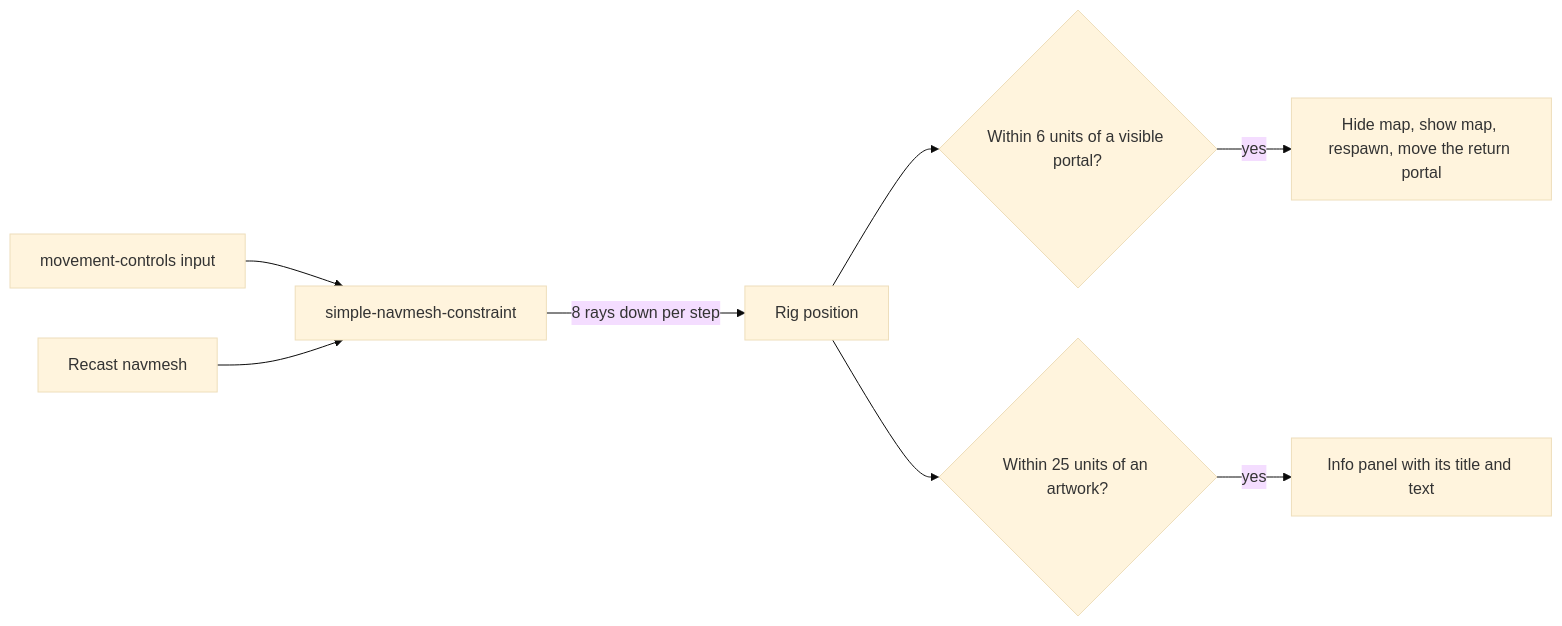
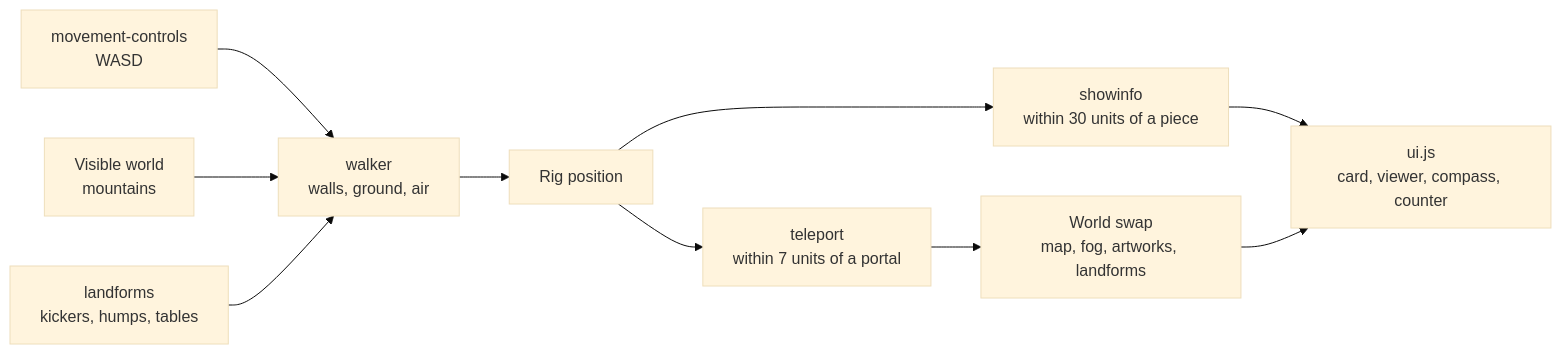
One commit to aenoriss/transcendence changed the diagram in README.md. Above: the diagram before and after it, drawn with Mermaid (base theme). The commit also changed other lines of this file and 15 other files, not shown here.

````diff
--- a/README.md
+++ b/README.md
@@ -21,10 +24,12 @@
 ```mermaid
 flowchart LR
-  I[movement-controls input] --> N[simple-navmesh-constraint]
-  M[Recast navmesh] --> N
-  N -->|8 rays down per step| G[Rig position]
-  G --> P{Within 6 units of a visible portal?}
-  P -->|yes| SW[Hide map, show map, respawn, move the return portal]
-  G --> A{Within 25 units of an artwork?}
-  A -->|yes| INFO[Info panel with its title and text]
+  I[movement-controls<br/>WASD] --> W[walker<br/>walls, ground, air]
+  M[Visible world<br/>mountains] --> W
+  L[landforms<br/>kickers, humps, tables] --> W
+  W --> R[Rig position]
+  R --> P[teleport<br/>within 7 units of a portal]
+  P --> S[World swap<br/>map, fog, artworks, landforms]
+  R --> A[showinfo<br/>within 30 units of a piece]
+  A --> U[ui.js<br/>card, viewer, compass, counter]
+  S --> U
 ```
````
